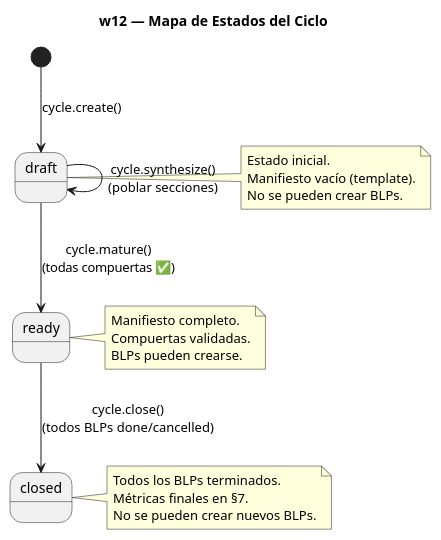
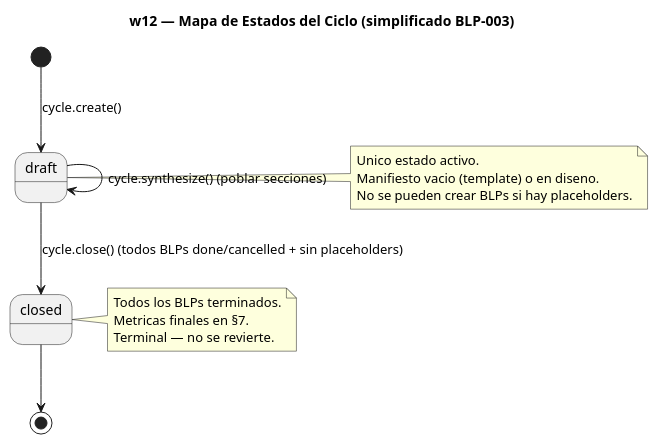
One commit to FidelErnesto03/arqux changed the second of 2 diagrams in .arqux/skills/workflows/w12-cycle-lifecycle.md. Above: the diagram before and after it, drawn with PlantUML. The commit also changed other lines of this file and 48 other files, not shown here.

First line of the commit message:
CYCLE-07: Simplificacion ciclo/BLP + tests en verde + P1/P2 identity

````diff
--- a/.arqux/skills/workflows/w12-cycle-lifecycle.md
+++ b/.arqux/skills/workflows/w12-cycle-lifecycle.md
@@ -89,29 +76,23 @@
 ```puml
 @startuml
-title w12 — Mapa de Estados del Ciclo
+title w12 — Mapa de Estados del Ciclo (simplificado BLP-003)
 
 [*] --> draft : cycle.create()
-draft --> ready : cycle.mature()\n(todas compuertas ✅)
-draft --> draft : cycle.synthesize()\n(poblar secciones)
-ready --> closed : cycle.close()\n(todos BLPs done/cancelled)
+draft --> draft : cycle.synthesize() (poblar secciones)
+draft --> closed : cycle.close() (todos BLPs done/cancelled + sin placeholders)
+closed --> [*]
 
 note right of draft
-  Estado inicial.
-  Manifiesto vacío (template).
-  No se pueden crear BLPs.
-end note
-
-note right of ready
-  Manifiesto completo.
-  Compuertas validadas.
-  BLPs pueden crearse.
+  Unico estado activo.
+  Manifiesto vacio (template) o en diseno.
+  No se pueden crear BLPs si hay placeholders.
 end note
 
 note right of closed
   Todos los BLPs terminados.
-  Métricas finales en §7.
-  No se pueden crear nuevos BLPs.
+  Metricas finales en §7.
+  Terminal — no se revierte.
 end note
 
 @enduml
 ```
````
